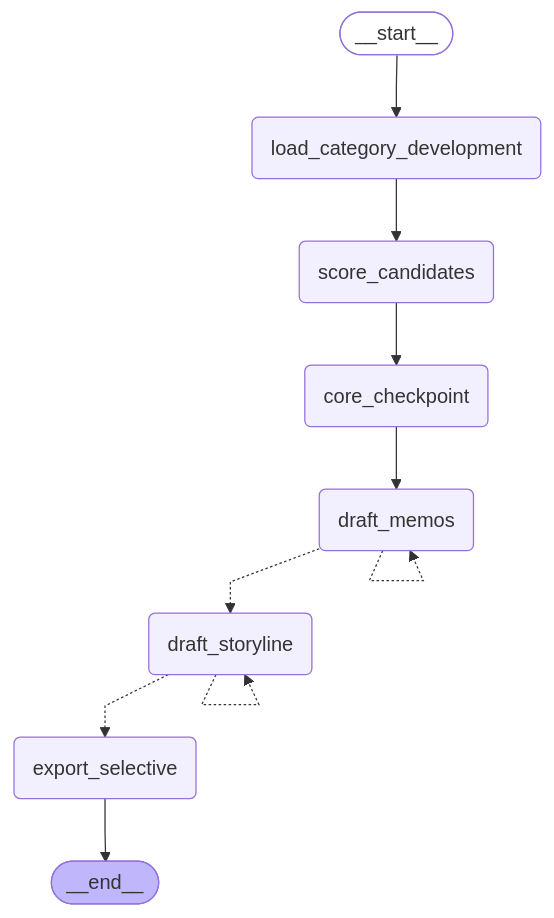
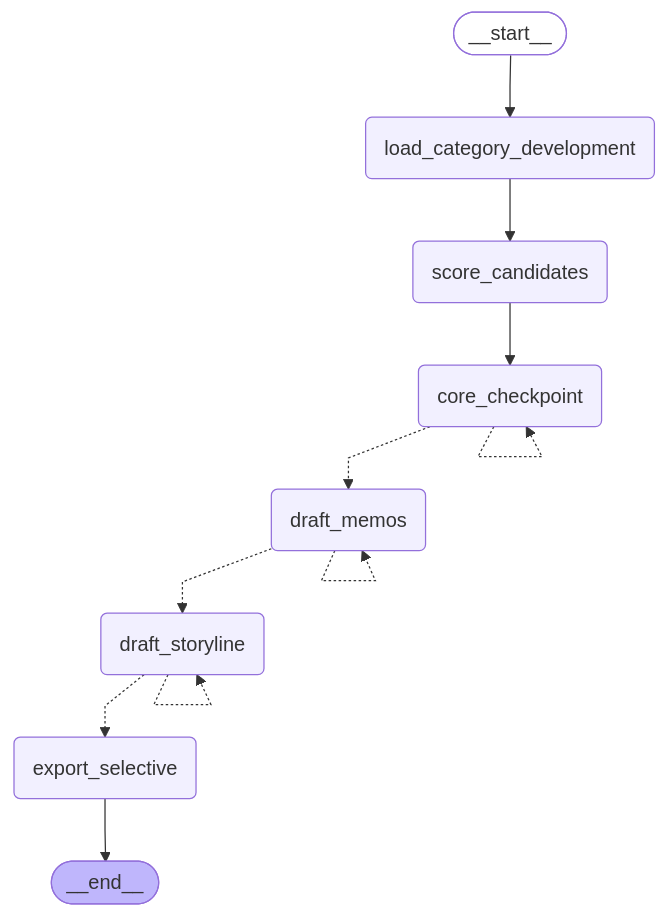
The fourth of 5 diagrams in README.md (davidscassell/automated-grounded-theory), drawn with Mermaid before and after one commit. The commit also changed other lines of this file and 58 other files, not shown here.

````diff
--- a/README.md
+++ b/README.md
@@ -258,28 +260,29 @@
 ```mermaid
 ---
 config:
   flowchart:
     curve: linear
 ---
 graph TD;
 	__start__([<p>__start__</p>]):::first
 	load_category_development(load_category_development)
 	score_candidates(score_candidates)
 	core_checkpoint(core_checkpoint)
 	draft_memos(draft_memos)
 	draft_storyline(draft_storyline)
 	export_selective(export_selective)
 	__end__([<p>__end__</p>]):::last
 	__start__ --> load_category_development;
-	core_checkpoint --> draft_memos;
+	core_checkpoint -.-> draft_memos;
 	draft_memos -.-> draft_storyline;
 	draft_storyline -.-> export_selective;
 	load_category_development --> score_candidates;
 	score_candidates --> core_checkpoint;
 	export_selective --> __end__;
+	core_checkpoint -.-> core_checkpoint;
 	draft_memos -.-> draft_memos;
 	draft_storyline -.-> draft_storyline;
 	classDef default fill:#f2f0ff,line-height:1.2
 	classDef first fill-opacity:0
 	classDef last fill:#bfb6fc
 ```
````
